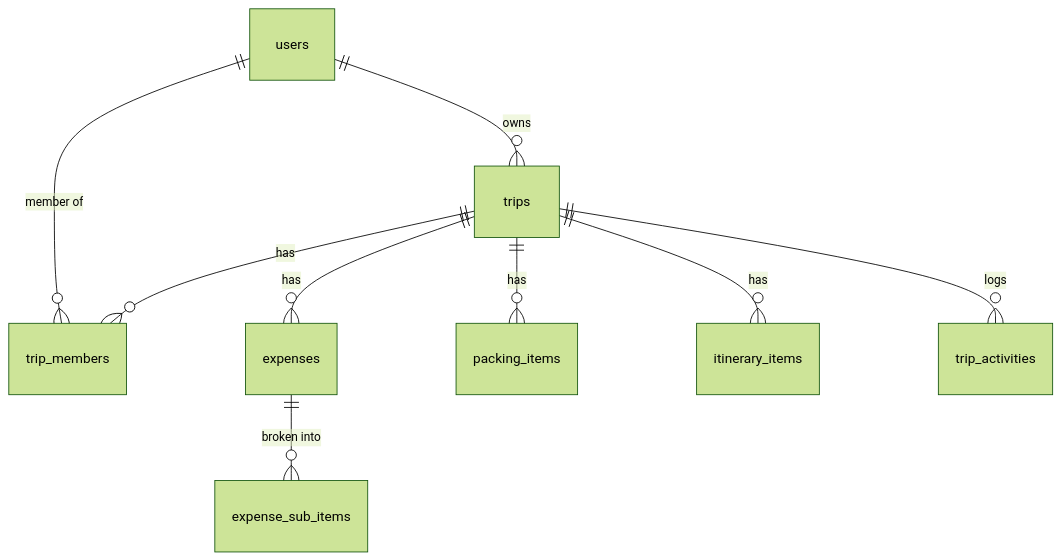
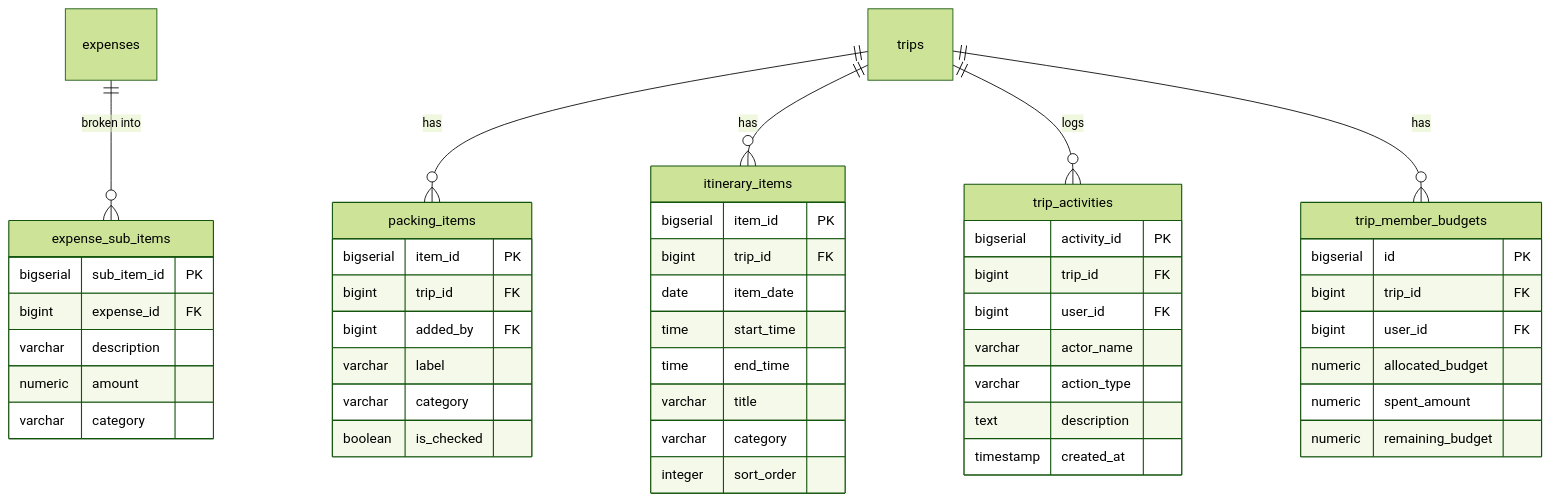
Before and after one commit to snsyaqirah/tripwise: the ninth of 15 diagrams in README.md, drawn with Mermaid (forest theme). The commit also changed other lines of this file, not shown here.

````diff
--- a/README.md
+++ b/README.md
@@ -160,11 +316,51 @@
 ```mermaid
 erDiagram
-    users ||--o{ trips : "owns"
-    users ||--o{ trip_members : "member of"
-    trips ||--o{ trip_members : "has"
-    trips ||--o{ expenses : "has"
+    expenses ||--o{ expense_sub_items : "broken into"
     trips ||--o{ packing_items : "has"
     trips ||--o{ itinerary_items : "has"
     trips ||--o{ trip_activities : "logs"
-    expenses ||--o{ expense_sub_items : "broken into"
+    trips ||--o{ trip_member_budgets : "has"
+
+    expense_sub_items {
+        bigserial sub_item_id PK
+        bigint expense_id FK
+        varchar description
+        numeric amount
+        varchar category
+    }
+    packing_items {
+        bigserial item_id PK
+        bigint trip_id FK
+        bigint added_by FK
+        varchar label
+        varchar category
+        boolean is_checked
+    }
+    itinerary_items {
+        bigserial item_id PK
+        bigint trip_id FK
+        date item_date
+        time start_time
+        time end_time
+        varchar title
+        varchar category
+        integer sort_order
+    }
+    trip_activities {
+        bigserial activity_id PK
+        bigint trip_id FK
+        bigint user_id FK
+        varchar actor_name
+        varchar action_type
+        text description
+        timestamp created_at
+    }
+    trip_member_budgets {
+        bigserial id PK
+        bigint trip_id FK
+        bigint user_id FK
+        numeric allocated_budget
+        numeric spent_amount
+        numeric remaining_budget
+    }
 ```
````
